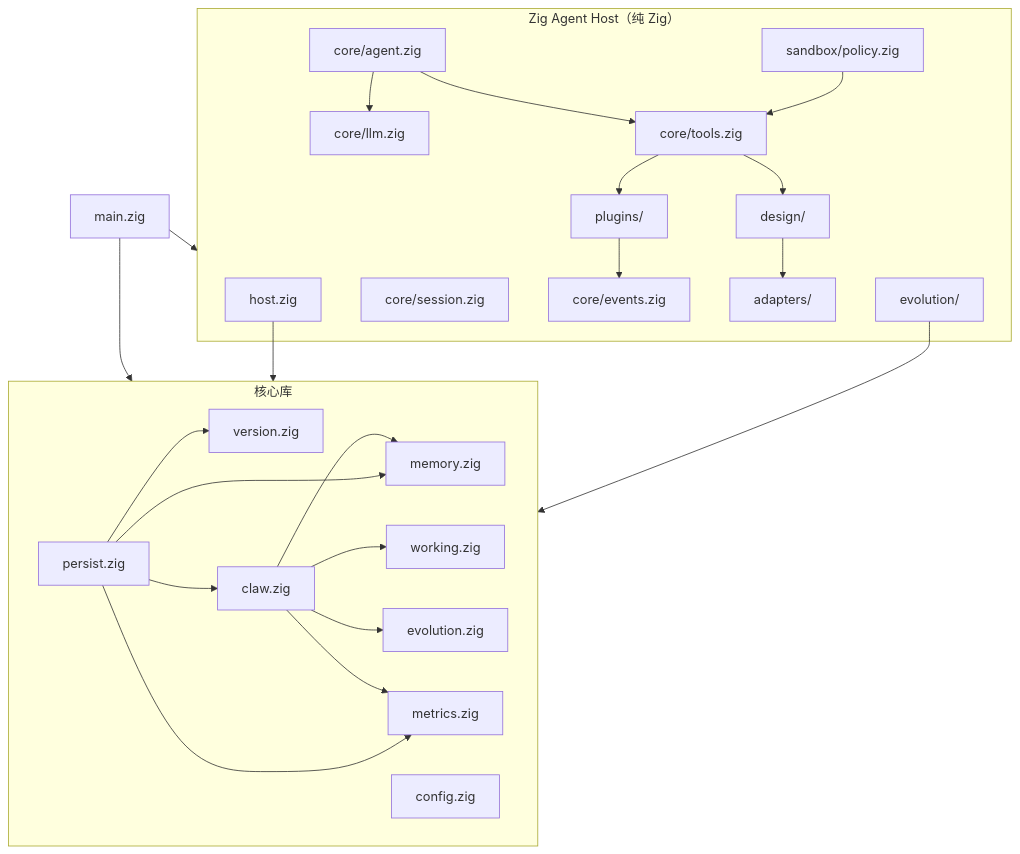
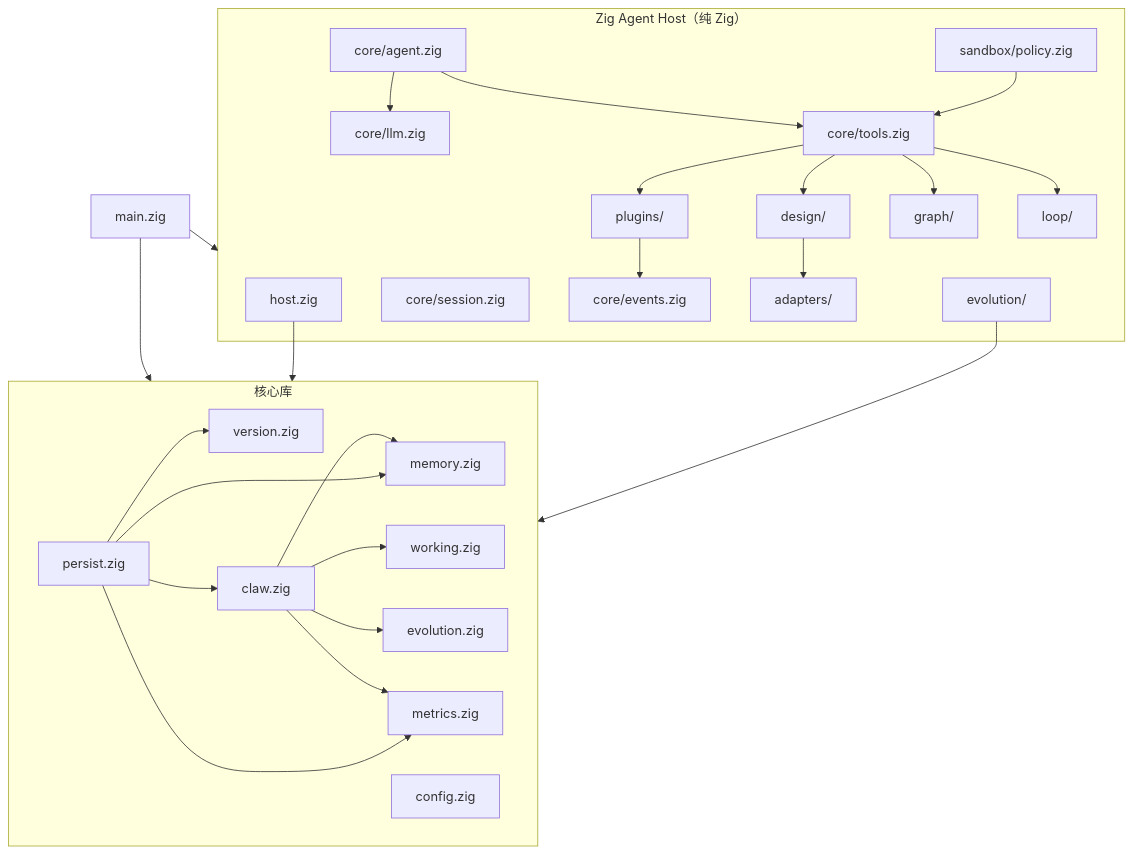
Before and after one commit to MobtgZhang/CuteClaw: the diagram in docs/architecture.md, drawn with Mermaid. The commit also changed other lines of this file, not shown here.

Commit message:
docs(architecture): module graph and the three tool faces for the graph and loop execution layers

````diff
--- a/docs/architecture.md
+++ b/docs/architecture.md
@@ -11,45 +11,49 @@
 ```mermaid
 flowchart TB
   subgraph core["核心库"]
     V[version.zig]
     M[memory.zig]
     W[working.zig]
     E[evolution.zig]
     X[metrics.zig]
     C[claw.zig]
     P[persist.zig]
     G[config.zig]
     C --> M
     C --> W
     C --> E
     C --> X
     P --> C
     P --> M
     P --> X
     P --> V
   end
   CLI[main.zig] --> core
   subgraph host["Zig Agent Host（纯 Zig）"]
     H[host.zig]
     AC[core/agent.zig]
     LLM[core/llm.zig]
     SES[core/session.zig]
     TL[core/tools.zig]
     EV[core/events.zig]
     DZ[design/]
     AD[adapters/]
     PL[plugins/]
     SB[sandbox/policy.zig]
     EVR[evolution/]
+    GR[graph/]
+    LP[loop/]
   end
   H --> core
   AC --> LLM
   AC --> TL
   TL --> DZ
   TL --> PL
   PL --> EV
   DZ --> AD
   EVR --> core
   SB --> TL
+  TL --> GR
+  TL --> LP
   CLI --> host
 ```
````
